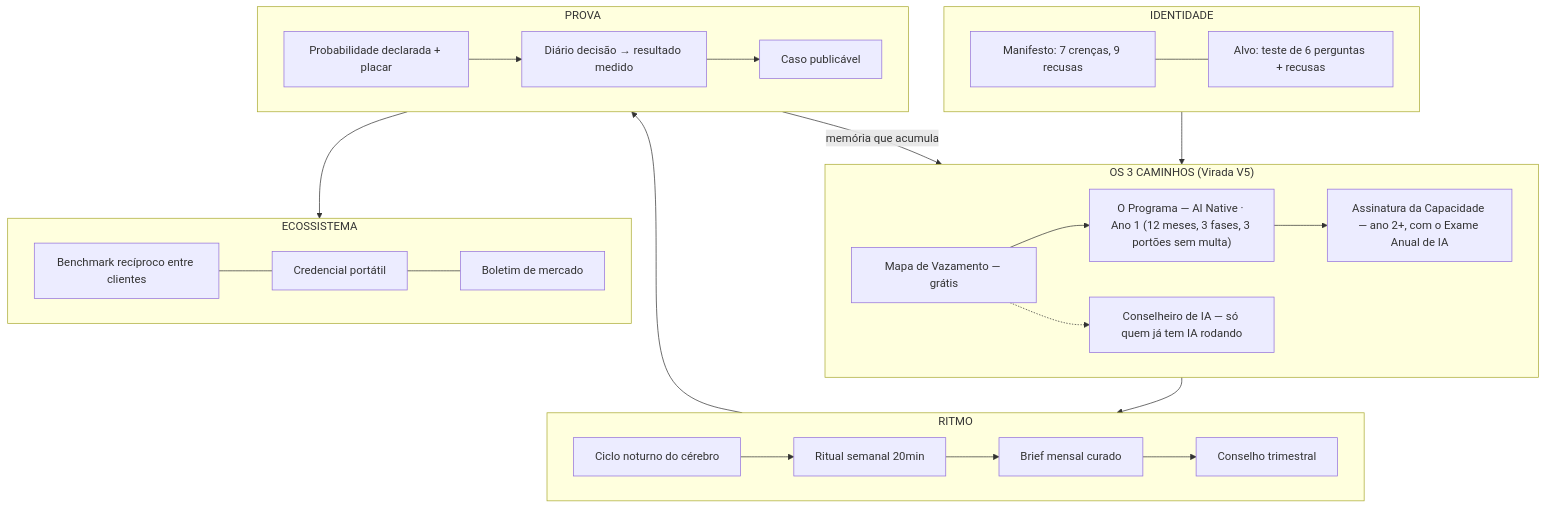
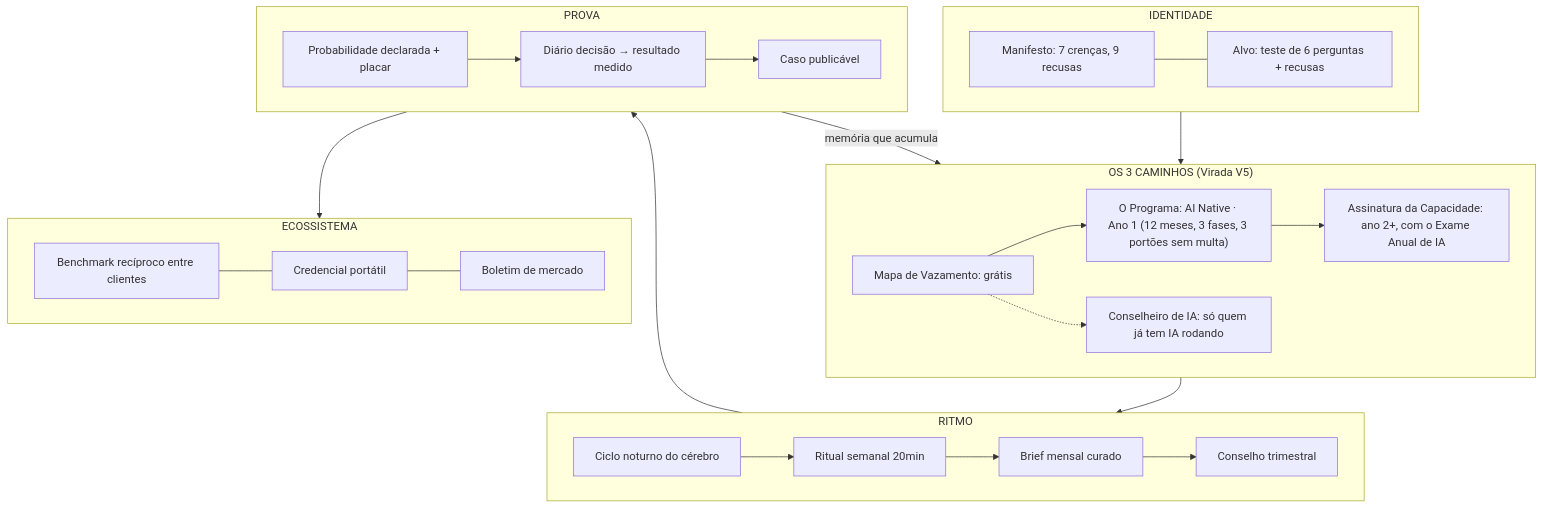
Before and after one commit to DanielMoraesCoca/abba-ops: the diagram in 00-identidade/mapa-da-abba.md, drawn with Mermaid. The commit also changed other lines of this file and 93 other files, not shown here.

````diff
--- a/00-identidade/mapa-da-abba.md
+++ b/00-identidade/mapa-da-abba.md
@@ -19,24 +19,24 @@
 ```mermaid
 flowchart TD
     subgraph IDENTIDADE
         M[Manifesto: 7 crenças, 9 recusas] --- A[Alvo: teste de 6 perguntas + recusas]
     end
     subgraph FUNIL["OS 3 CAMINHOS (Virada V5)"]
-        MV[Mapa de Vazamento — grátis] --> PR["O Programa — AI Native · Ano 1 (12 meses, 3 fases, 3 portões sem multa)"]
-        PR --> AS[Assinatura da Capacidade — ano 2+, com o Exame Anual de IA]
-        MV -.-> CO[Conselheiro de IA — só quem já tem IA rodando]
+        MV[Mapa de Vazamento: grátis] --> PR["O Programa: AI Native · Ano 1 (12 meses, 3 fases, 3 portões sem multa)"]
+        PR --> AS[Assinatura da Capacidade: ano 2+, com o Exame Anual de IA]
+        MV -.-> CO[Conselheiro de IA: só quem já tem IA rodando]
     end
     subgraph RITMO
         S[Ritual semanal 20min] --> BM[Brief mensal curado] --> CT[Conselho trimestral] 
         N[Ciclo noturno do cérebro] --> S
     end
     subgraph PROVA
         D[Diário decisão → resultado medido] --> PC[Caso publicável]
         CAL[Probabilidade declarada + placar] --> D
     end
     subgraph ECOSSISTEMA
         BE[Benchmark recíproco entre clientes] --- CR[Credencial portátil] --- BO[Boletim de mercado]
     end
     IDENTIDADE --> FUNIL --> RITMO --> PROVA --> ECOSSISTEMA
     PROVA -->|memória que acumula| FUNIL
 ```
````
